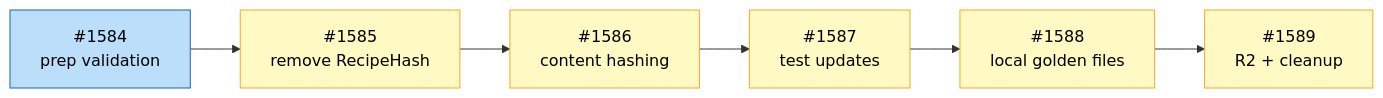
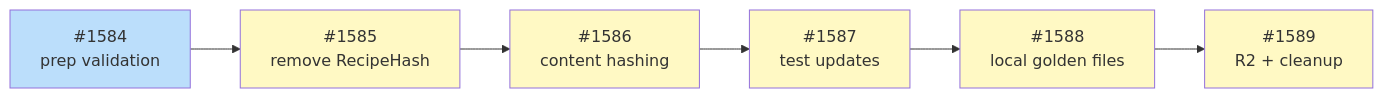
Before and after one commit to tsukumogami/tsuku: the diagram in docs/designs/DESIGN-plan-hash-removal.md, drawn with Mermaid. The commit also changed other lines of this file, not shown here.

Commit message:
fix: add legend and fix classDef format in implementation diagram

````diff
--- a/docs/designs/DESIGN-plan-hash-removal.md
+++ b/docs/designs/DESIGN-plan-hash-removal.md
@@ -347,13 +347,16 @@
 ```mermaid
 graph LR
     I1584["#1584<br/>prep validation"] --> I1585["#1585<br/>remove RecipeHash"]
     I1585 --> I1586["#1586<br/>content hashing"]
     I1586 --> I1587["#1587<br/>test updates"]
     I1587 --> I1588["#1588<br/>local golden files"]
     I1588 --> I1589["#1589<br/>R2 + cleanup"]
 
-    classDef ready fill:#bbdefb,stroke:#1565C0,color:black
-    classDef blocked fill:#fff9c4,stroke:#f9a825,color:black
+    classDef done fill:#c8e6c9
+    classDef ready fill:#bbdefb
+    classDef blocked fill:#fff9c4
+    classDef needsDesign fill:#e1bee7
+
     class I1584 ready
     class I1585,I1586,I1587,I1588,I1589 blocked
 ```
````
